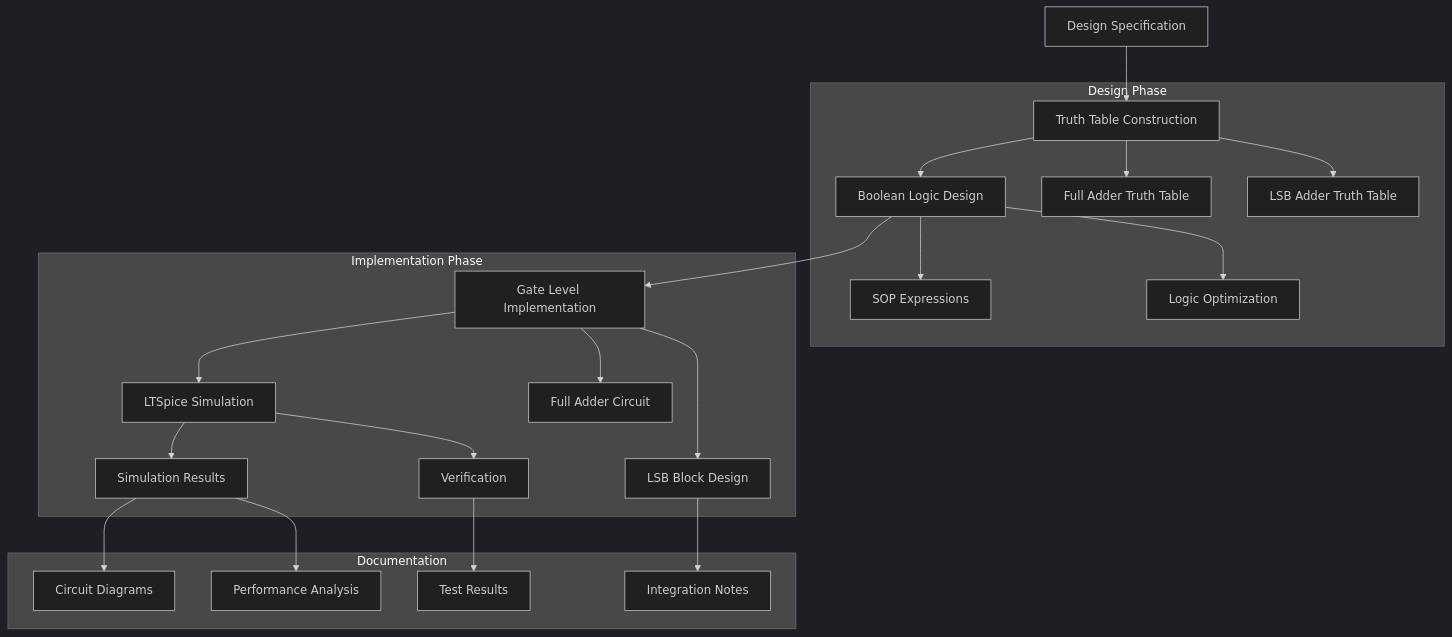
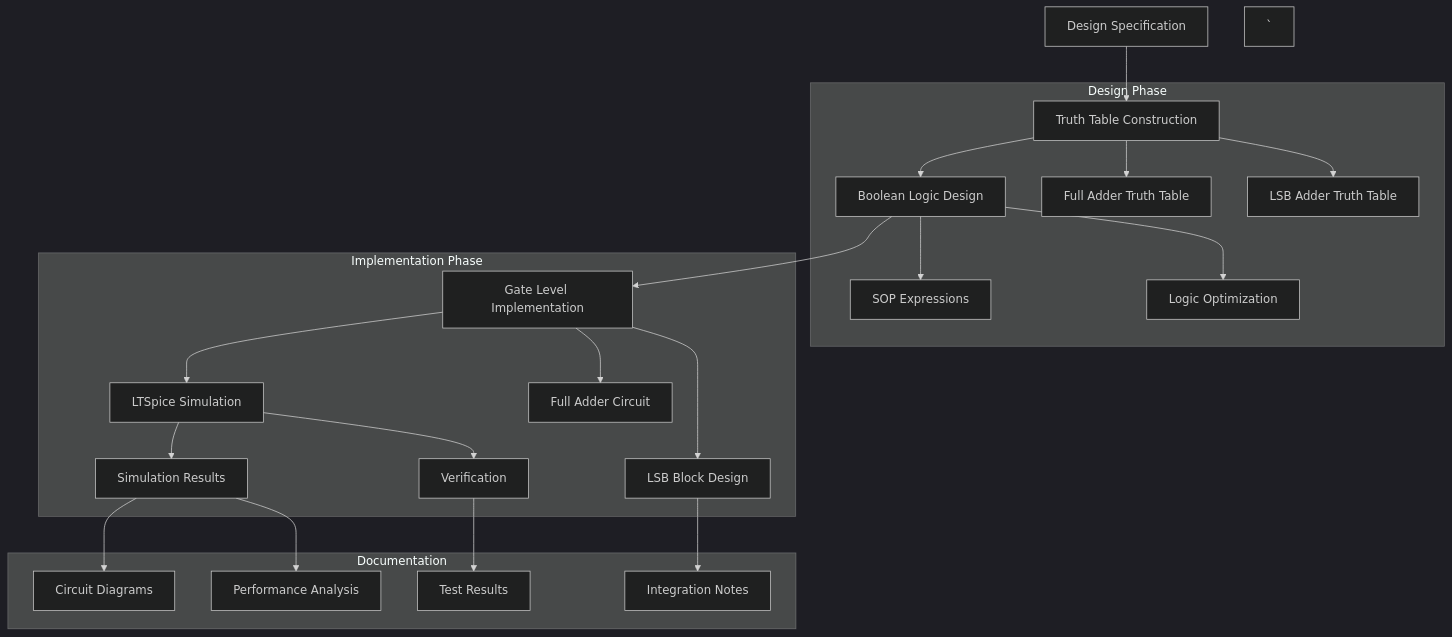
One commit to Surfer12/week4 changed the diagram in misc/adder-implementation.mermaid. Above: the diagram before and after it, drawn with Mermaid (dark theme).

Commit message:
Update changes

```diff
--- a/misc/adder-implementation.mermaid
+++ b/misc/adder-implementation.mermaid
@@ -1,31 +1,31 @@
 graph TD
     A[Design Specification] --> B[Truth Table Construction]
     B --> C[Boolean Logic Design]
     C --> D[Gate Level Implementation]
     D --> E[LTSpice Simulation]
-    
+
     subgraph Design Phase
         B --> F[Full Adder Truth Table]
         B --> G[LSB Adder Truth Table]
         C --> H[SOP Expressions]
         C --> I[Logic Optimization]
     end
-    
+
     subgraph Implementation Phase
         D --> J[Full Adder Circuit]
         D --> K[LSB Block Design]
         E --> L[Simulation Results]
         E --> M[Verification]
     end
-    
+
     subgraph Documentation
         N[Circuit Diagrams]
         O[Test Results]
         P[Performance Analysis]
         Q[Integration Notes]
-    end
-    
+    end`
+
     L --> N
     M --> O
     L --> P
     K --> Q
```
